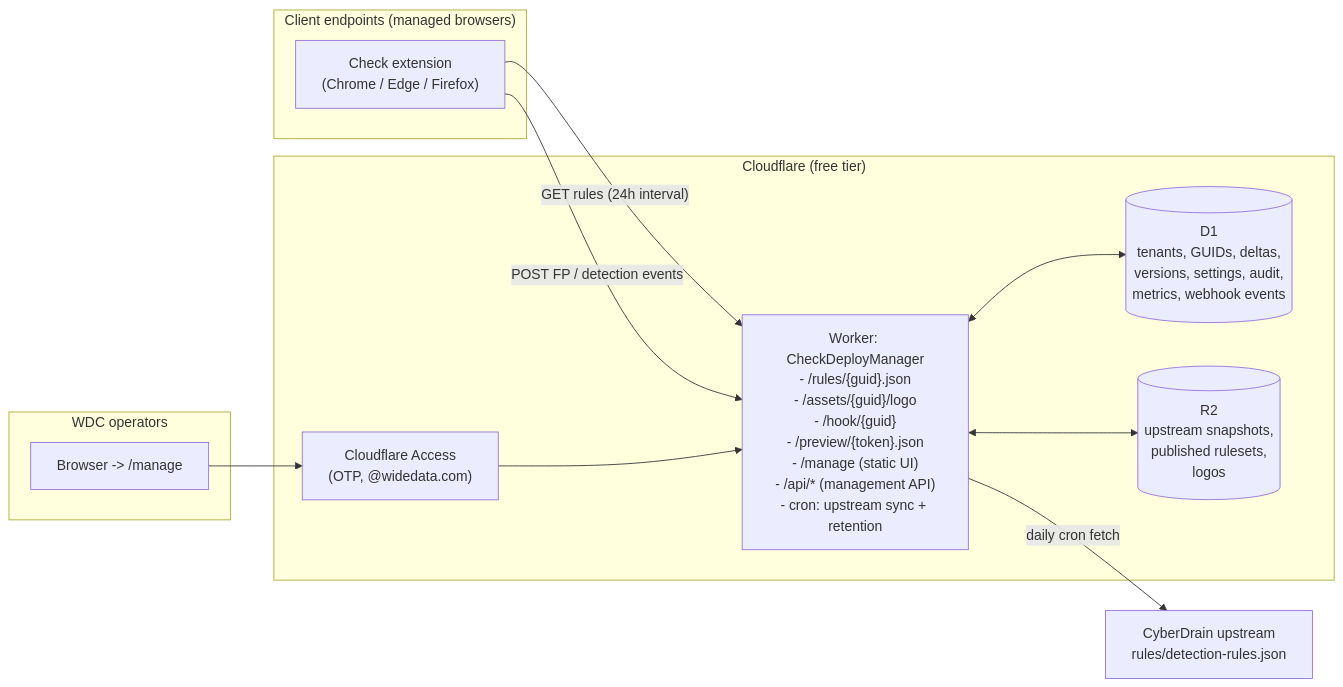
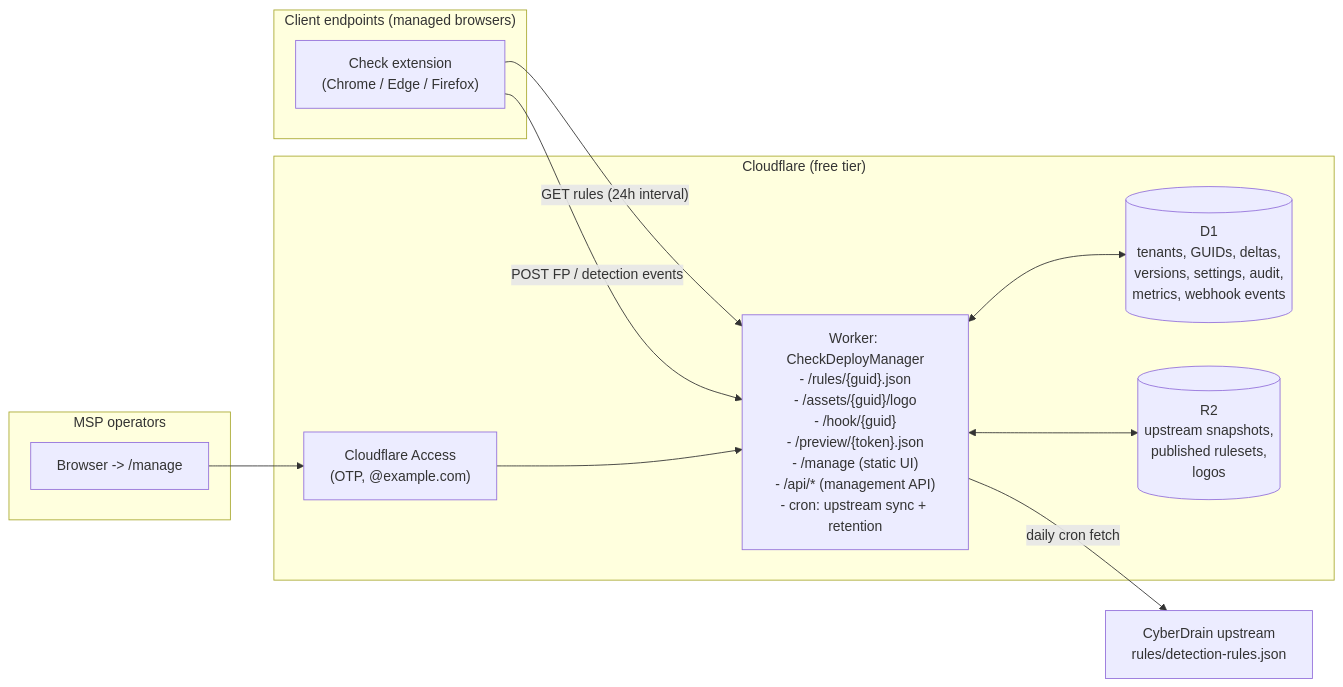
Before and after one commit to DailenG/CheckDeployManager: the diagram in docs/architecture.md, drawn with Mermaid. The commit also changed other lines of this file and 11 other files, not shown here.

Commit message:
chore: replace operator-specific WDC and WideData references with a generic Example MSP

````diff
--- a/docs/architecture.md
+++ b/docs/architecture.md
@@ -22,26 +22,26 @@
 ```mermaid
 flowchart LR
     subgraph Clients["Client endpoints (managed browsers)"]
         EXT["Check extension\n(Chrome / Edge / Firefox)"]
     end
 
-    subgraph Operator["WDC operators"]
+    subgraph Operator["MSP operators"]
         OP["Browser -> /manage"]
     end
 
     subgraph CF["Cloudflare (free tier)"]
-        ACCESS["Cloudflare Access\n(OTP, @widedata.com)"]
+        ACCESS["Cloudflare Access\n(OTP, @example.com)"]
         W["Worker: CheckDeployManager\n- /rules/{guid}.json\n- /assets/{guid}/logo\n- /hook/{guid}\n- /preview/{token}.json\n- /manage (static UI)\n- /api/* (management API)\n- cron: upstream sync + retention"]
         D1[("D1\ntenants, GUIDs, deltas,\nversions, settings, audit,\nmetrics, webhook events")]
         R2[("R2\nupstream snapshots,\npublished rulesets,\nlogos")]
     end
 
     UP["CyberDrain upstream\nrules/detection-rules.json"]
 
     EXT -->|"GET rules (24h interval)"| W
     EXT -->|"POST FP / detection events"| W
     OP --> ACCESS --> W
     W <--> D1
     W <--> R2
     W -->|"daily cron fetch"| UP
 ```
````
